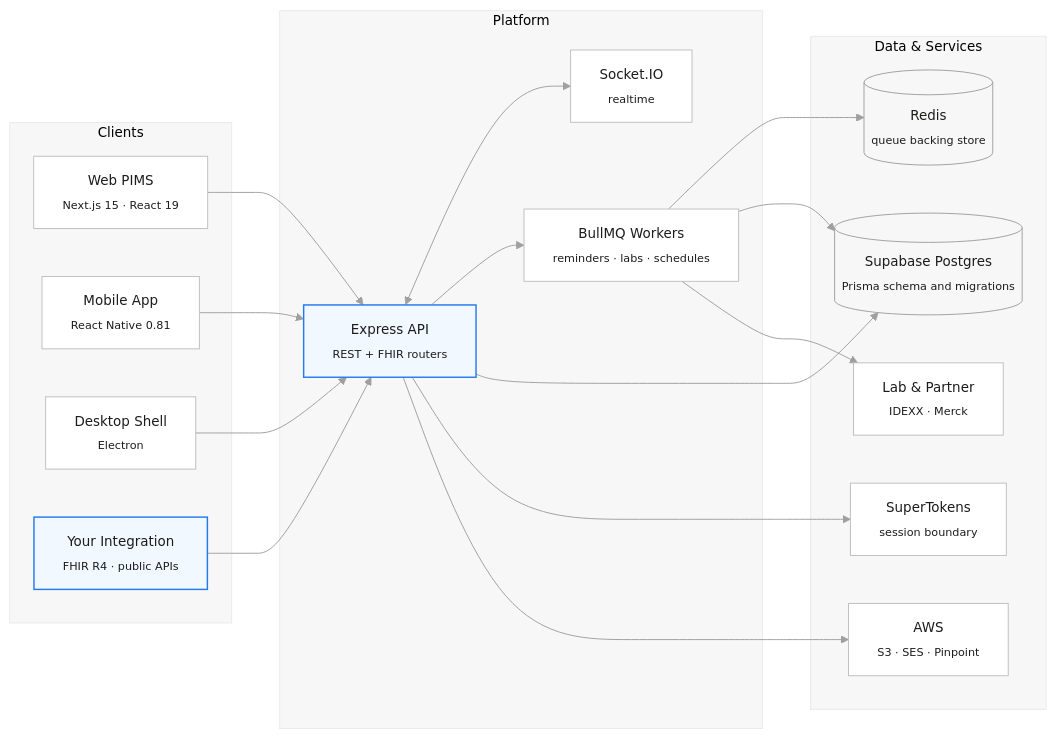
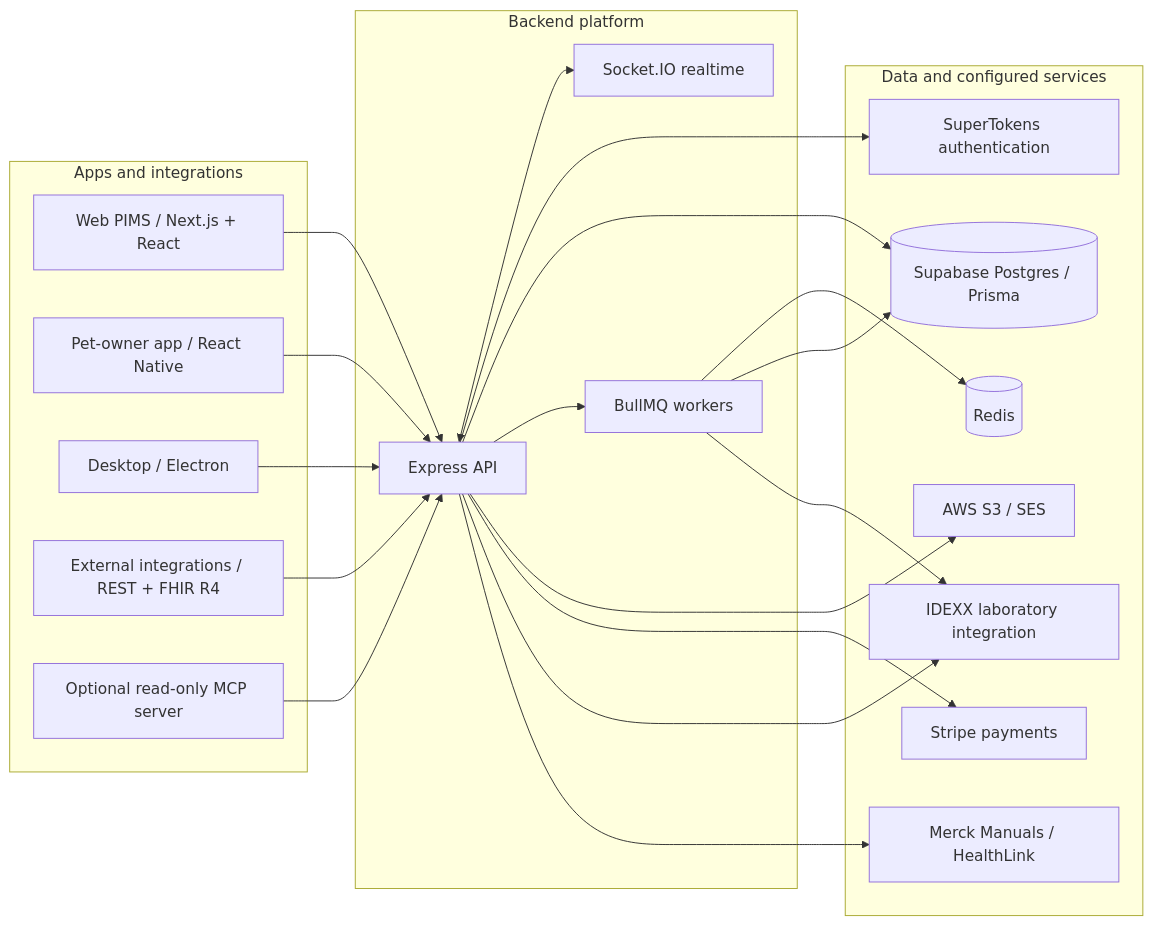
One commit to YosemiteCrew/Yosemite-Crew changed the diagram in README.md. Above: the diagram before and after it, drawn with Mermaid. The commit also changed other lines of this file and 1 other file, not shown here.

````diff
--- a/README.md
+++ b/README.md
@@ -154,43 +202,40 @@
 ```mermaid
-%%{init: {"theme":"base","themeVariables":{"fontFamily":"ui-sans-serif, -apple-system, Segoe UI, Helvetica, Arial, sans-serif","primaryColor":"#ffffff","primaryTextColor":"#1d1c1b","primaryBorderColor":"#bfbfbe","lineColor":"#a09f9f","clusterBkg":"#f7f7f7","clusterBorder":"#eaeaea","fontSize":"14px"}}}%%
 flowchart LR
-    subgraph clients ["Clients"]
-        WEB["Web PIMS<br/><sub>Next.js 15 · React 19</sub>"]
-        MOB["Mobile App<br/><sub>React Native 0.81</sub>"]
-        DESK["Desktop Shell<br/><sub>Electron</sub>"]
-        EXT["Your Integration<br/><sub>FHIR R4 · public APIs</sub>"]
+    subgraph CLIENTS["Apps and integrations"]
+        WEB["Web PIMS / Next.js + React"]
+        MOBILE["Pet-owner app / React Native"]
+        DESKTOP["Desktop / Electron"]
+        INTEGRATION["External integrations / REST + FHIR R4"]
+        MCP["Optional read-only MCP server"]
     end
-
-    subgraph platform ["Platform"]
-        API["Express API<br/><sub>REST + FHIR routers</sub>"]
-        RT["Socket.IO<br/><sub>realtime</sub>"]
-        JOBS["BullMQ Workers<br/><sub>reminders · labs · schedules</sub>"]
+    subgraph PLATFORM["Backend platform"]
+        API["Express API"]
+        REALTIME["Socket.IO realtime"]
+        JOBS["BullMQ workers"]
     end
-
-    subgraph data ["Data & Services"]
-        PG[("Supabase Postgres<br/><sub>Prisma schema and migrations</sub>")]
-        REDIS[("Redis<br/><sub>queue backing store</sub>")]
-        AUTH["SuperTokens<br/><sub>session boundary</sub>"]
-        AWS["AWS<br/><sub>S3 · SES · Pinpoint</sub>"]
-        LABS["Lab & Partner<br/><sub>IDEXX · Merck</sub>"]
+    subgraph SERVICES["Data and configured services"]
+        DB[("Supabase Postgres / Prisma")]
+        REDIS[("Redis")]
+        AUTH["SuperTokens authentication"]
+        AWS["AWS S3 / SES"]
+        STRIPE["Stripe payments"]
+        IDEXX["IDEXX laboratory integration"]
+        MERCK["Merck Manuals / HealthLink"]
     end
-
     WEB --> API
-    MOB --> API
-    DESK --> API
-    EXT --> API
-
-    API <--> RT
+    MOBILE --> API
+    DESKTOP --> API
+    INTEGRATION --> API
+    MCP --> API
+    API <--> REALTIME
+    API --> AUTH
+    API --> DB
     API --> JOBS
-    API --> PG
-    API --> AUTH
     API --> AWS
+    API --> STRIPE
+    API --> IDEXX
+    API --> MERCK
     JOBS --> REDIS
-    JOBS --> PG
-    JOBS --> LABS
-
-    classDef accent fill:#f2f8ff,stroke:#247aed,stroke-width:1.5px,color:#1d1c1b
-    classDef store fill:#f7f7f7,stroke:#a09f9f,color:#1d1c1b
-    class API,EXT accent
-    class PG,REDIS store
+    JOBS --> DB
+    JOBS --> IDEXX
 ```
````
